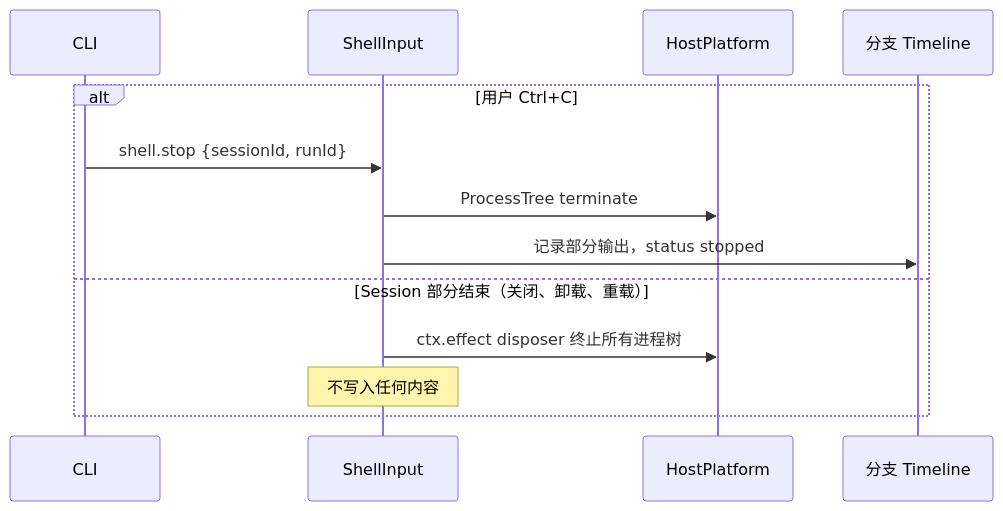
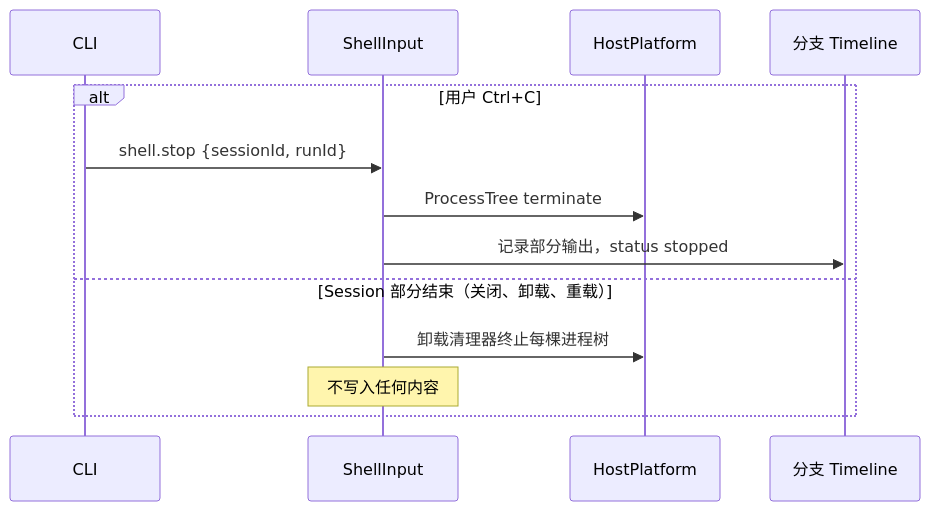
Before and after one commit to CoutinhoTTS/dim-agent: the fourth of 5 diagrams in docs/zh/design/plugins/ShellInput.md, drawn with Mermaid. The commit also changed other lines of this file and 18 other files, not shown here.

````diff
--- a/docs/zh/design/plugins/ShellInput.md
+++ b/docs/zh/design/plugins/ShellInput.md
@@ -89,15 +89,15 @@
 ```mermaid
 sequenceDiagram
   participant C as CLI
   participant SI as ShellInput
   participant HP as HostPlatform
   participant TL as 分支 Timeline
   alt 用户 Ctrl+C
     C->>SI: shell.stop {sessionId, runId}
     SI->>HP: ProcessTree terminate
     SI->>TL: 记录部分输出，status stopped
   else Session 部分结束（关闭、卸载、重载）
-    SI->>HP: ctx.effect disposer 终止所有进程树
+    SI->>HP: 卸载清理器终止每棵进程树
     Note over SI: 不写入任何内容
   end
 ```
````
